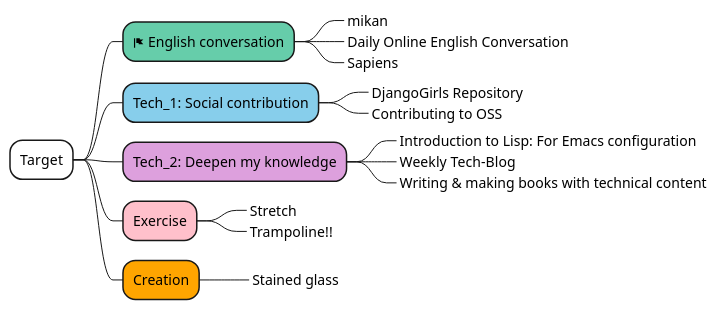
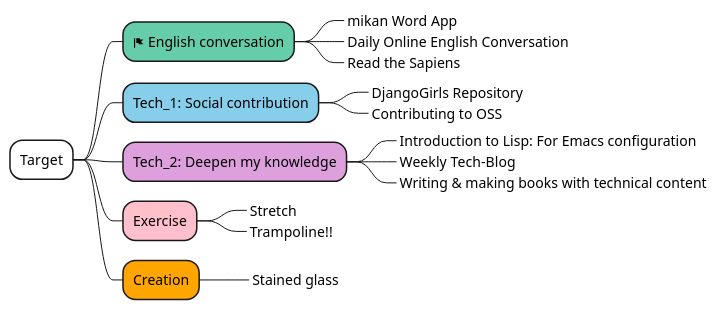
One commit to Ishizuka427/MindMap changed the diagram in test.puml. Above: the diagram before and after it, drawn with PlantUML. The commit also changed 1 other file, not shown here.

```diff
--- a/test.puml
+++ b/test.puml
@@ -1,19 +1,19 @@
 @startmindmap
 *[#white] Target
 **[#mediumaquamarine] <&flag> English conversation
-***_ mikan
+***_ mikan Word App
 ***_ Daily Online English Conversation
-***_ Sapiens
+***_ Read the Sapiens
 **[#skyblue] Tech_1: Social contribution
 ***_ DjangoGirls Repository
 ***_ Contributing to OSS
 **[#plum] Tech_2: Deepen my knowledge
 ***_ Introduction to Lisp: For Emacs configuration
 ***_ Weekly Tech-Blog
 ***_ Writing & making books with technical content
 **[#pink] Exercise
 ***_ Stretch
 ***_ Trampoline!!
 **[#orange] Creation
 ***_ Stained glass
 @endmindmap
```
